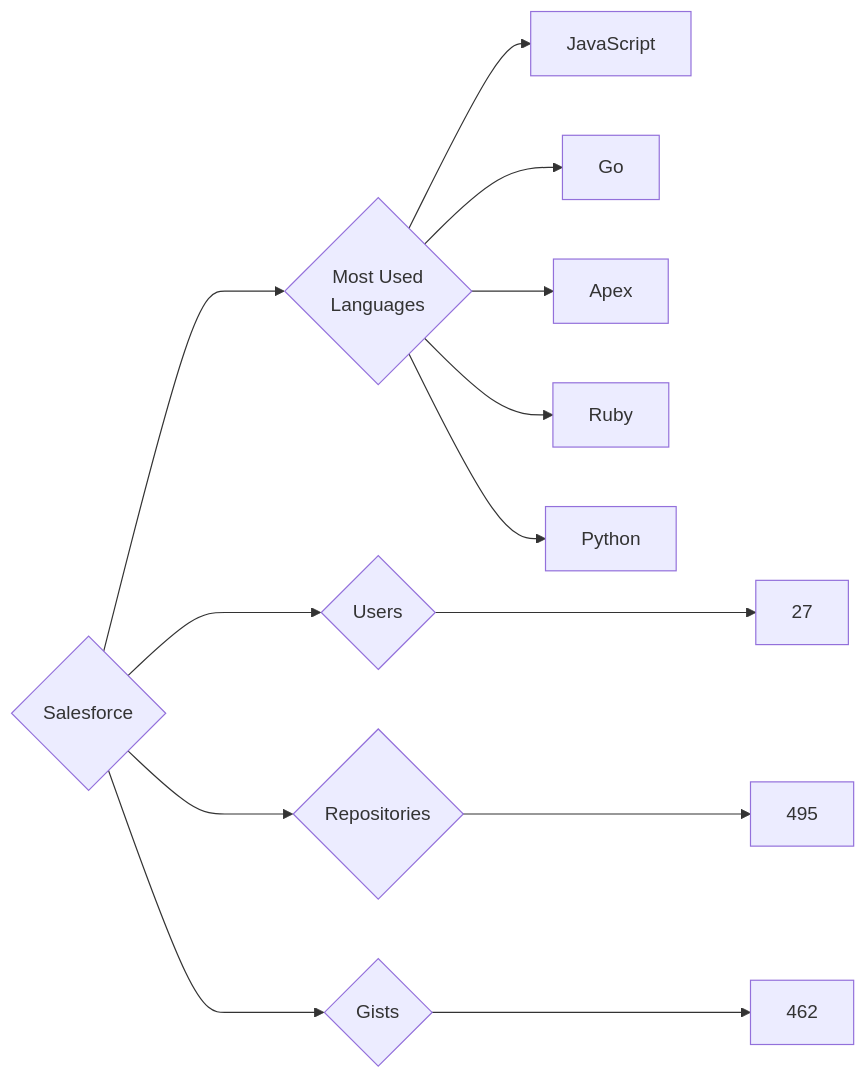
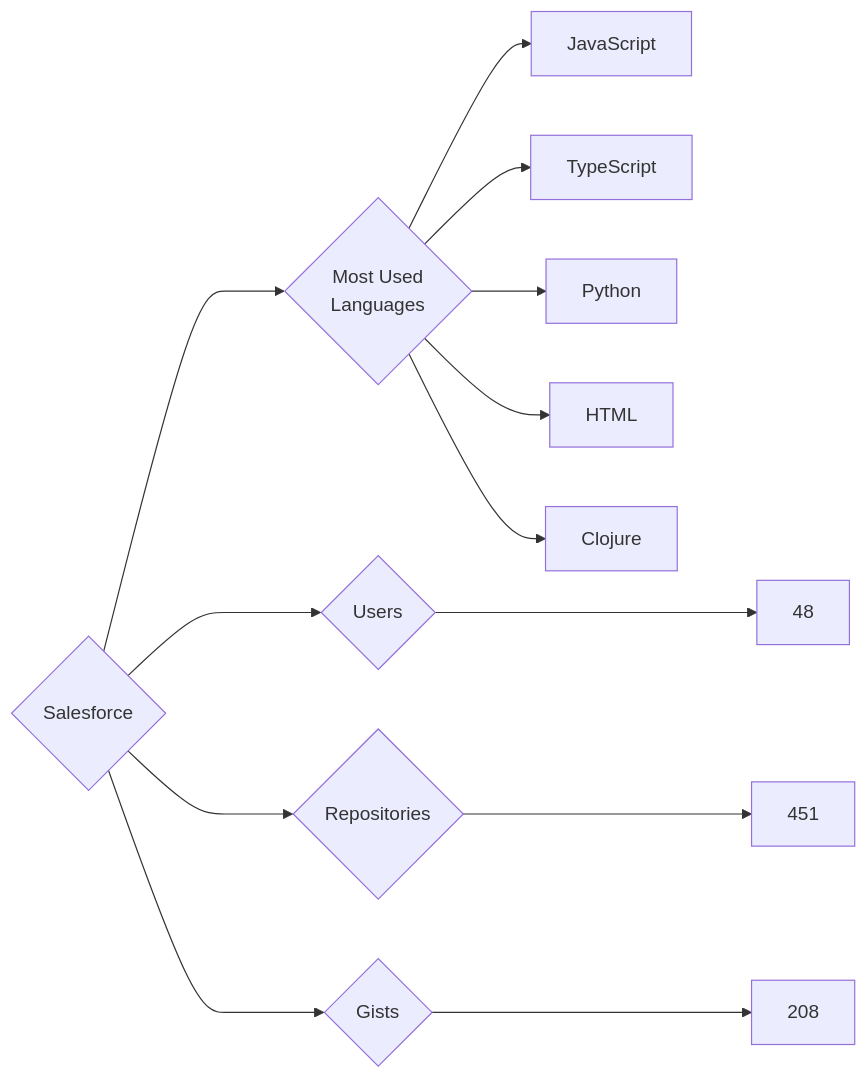
Before and after one commit to trickest/insiders: the diagram in targets/Salesforce/README.md, drawn with Mermaid. The commit also changed 695 other files, not shown here.

````diff
--- a/targets/Salesforce/README.md
+++ b/targets/Salesforce/README.md
@@ -3,13 +3,13 @@
 ```mermaid
 graph LR
 COMPANY_NAME{Salesforce}
-COMPANY_NAME ---> U{Users} ---> UN[27]
-COMPANY_NAME ---> R{Repositories} ---> RN[495]
-COMPANY_NAME ---> G{Gists} ---> GN[462]
+COMPANY_NAME ---> U{Users} ---> UN[48]
+COMPANY_NAME ---> R{Repositories} ---> RN[451]
+COMPANY_NAME ---> G{Gists} ---> GN[208]
 COMPANY_NAME ---> ML{Most Used<br>Languages}
 ML --> JavaScript[JavaScript]
-ML --> Go[Go]
-ML --> Apex[Apex]
-ML --> Ruby[Ruby]
+ML --> TypeScript[TypeScript]
 ML --> Python[Python]
+ML --> HTML[HTML]
+ML --> Clojure[Clojure]
 ```
````
